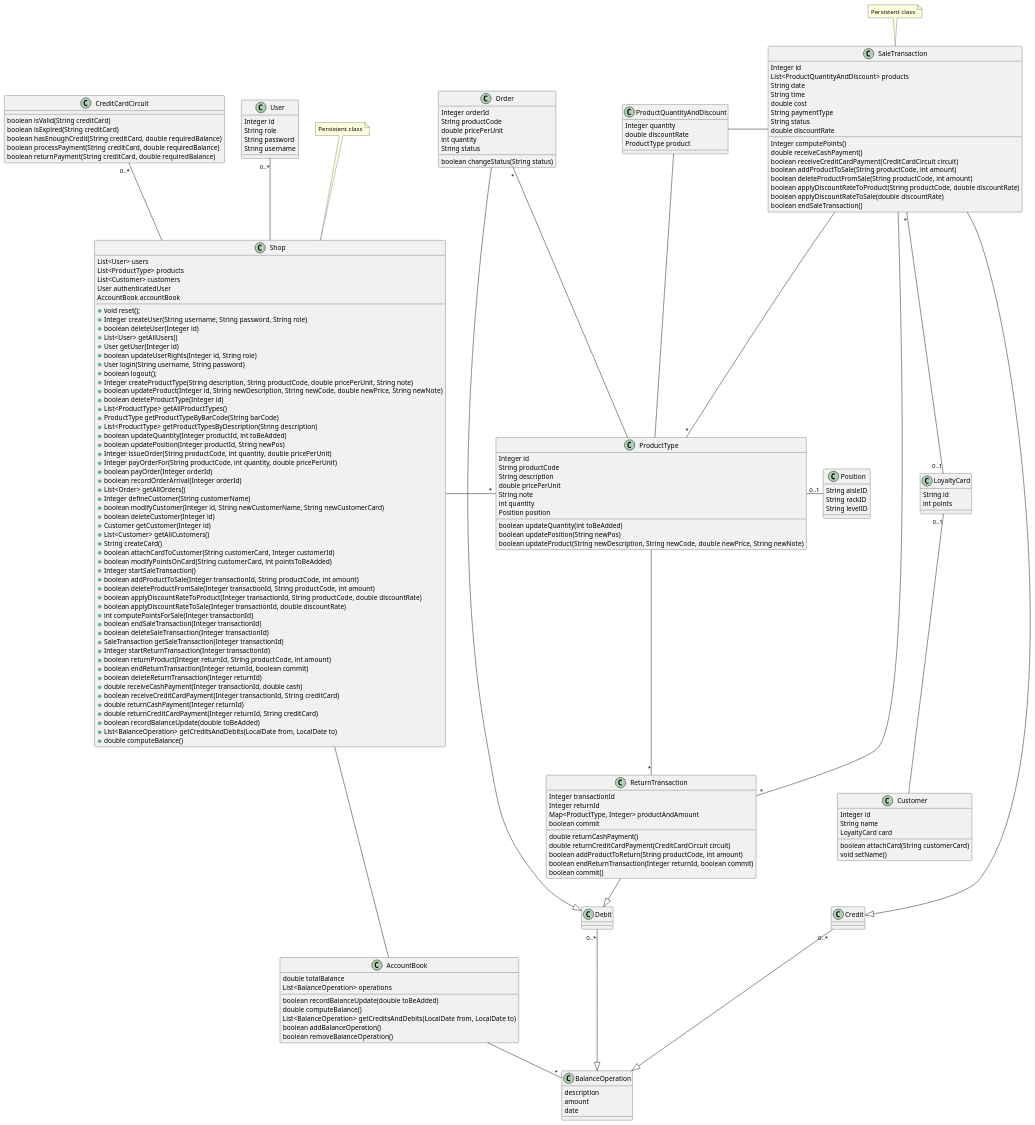
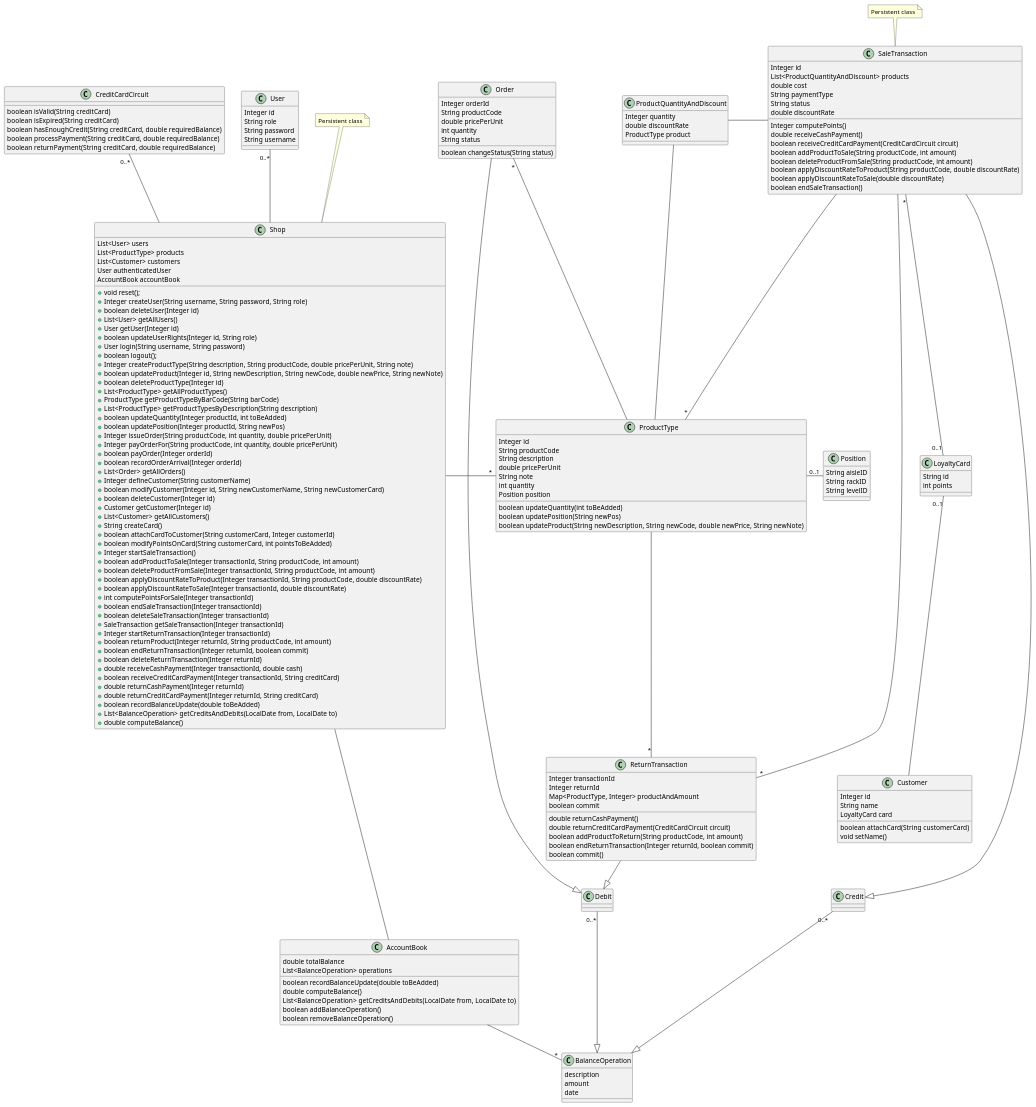
The diagram in Deliverables/low_level_design.md (Ralls0/ezshop), drawn with PlantUML before and after one commit. The commit also changed 1 other file, not shown here.

Commit message:
Modify designdocument & low_level_design

```diff
--- a/Deliverables/low_level_design.md
+++ b/Deliverables/low_level_design.md
@@ -110,14 +110,10 @@
 class SaleTransaction {
     Integer id 
     List<ProductQuantityAndDiscount> products
-    String date
-    String time
     double cost
     String paymentType
     String status
     double discountRate
-    
-
     Integer computePoints()
     double receiveCashPayment()
     boolean receiveCreditCardPayment(CreditCardCircuit circuit)
```
